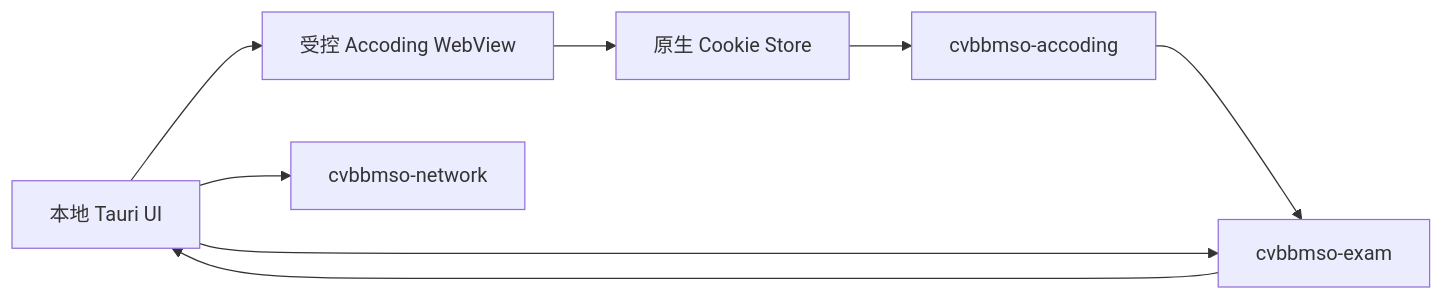
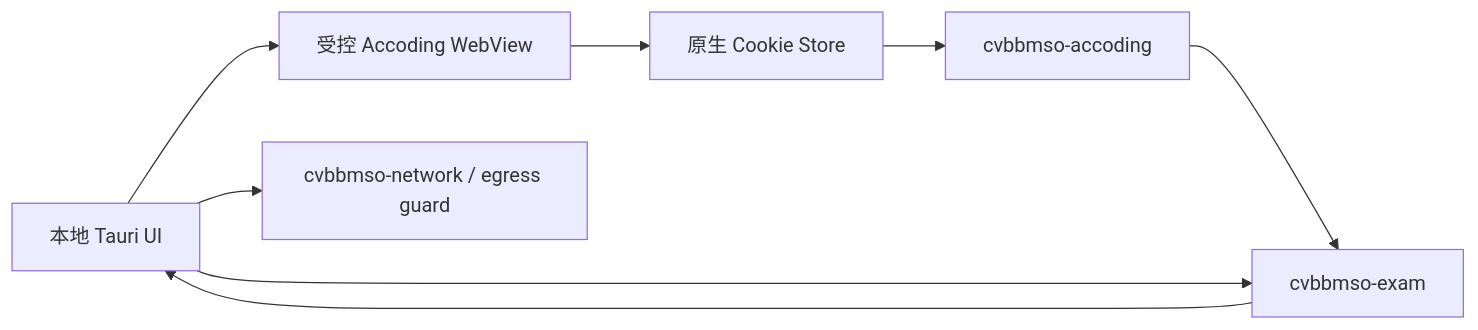
The diagram in docs/design/crates/cvbbmso-client.md (BUAA-OJ/CVBBMSO), drawn with Mermaid before and after one commit. The commit also changed other lines of this file and 4 other files, not shown here.

Commit message:
docs(design): add system egress guard contract

````diff
--- a/docs/design/crates/cvbbmso-client.md
+++ b/docs/design/crates/cvbbmso-client.md
@@ -68,10 +70,10 @@
 ```mermaid
 flowchart LR
     UI[本地 Tauri UI] --> Web[受控 Accoding WebView]
     Web --> Cookie[原生 Cookie Store]
     Cookie --> Auth[cvbbmso-accoding]
     Auth --> Run[cvbbmso-exam]
-    UI --> Net[cvbbmso-network]
+    UI --> Net[cvbbmso-network / egress guard]
     UI --> Run
     Run --> UI
 ```
````
